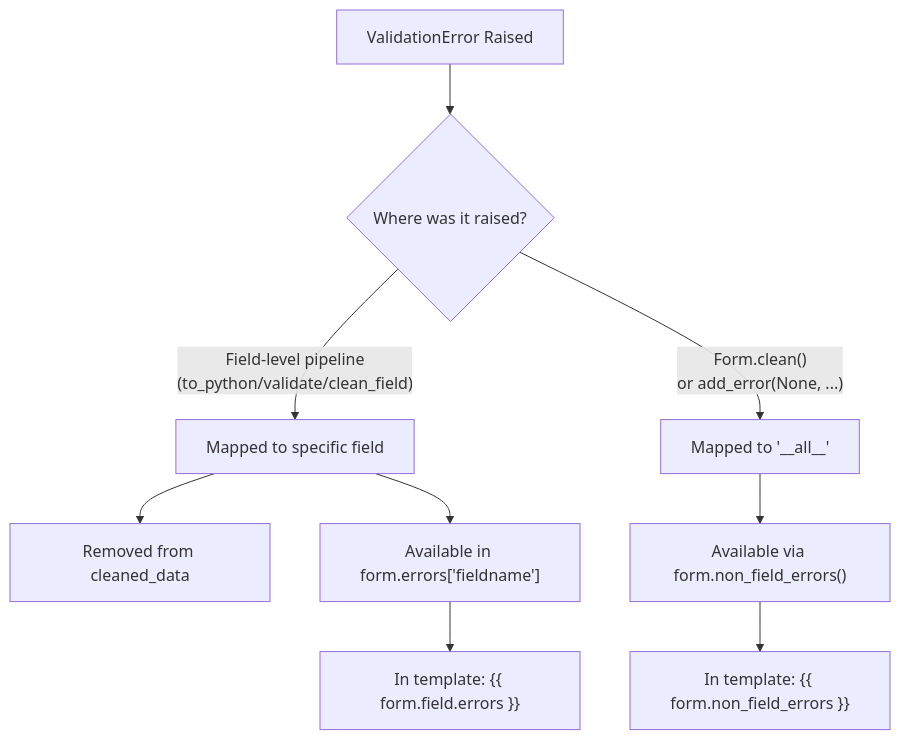
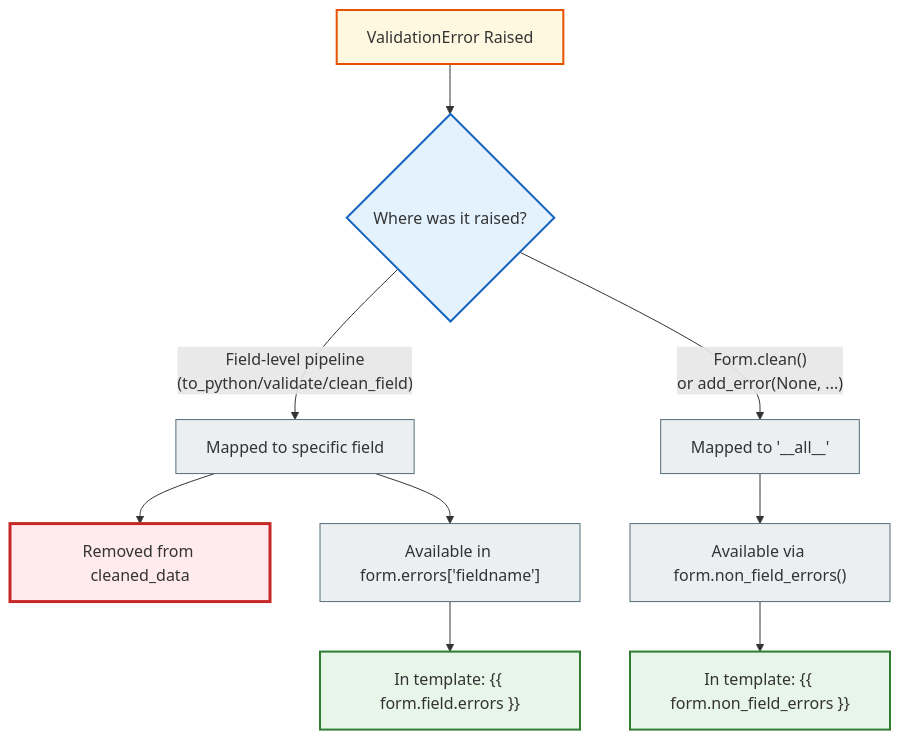
One commit to NikoriakViktot/notes_chat_app changed the eighth of 12 diagrams in docs/04_forms_and_validation/django_forms_full.md. Above: the diagram before and after it, drawn with Mermaid. The commit also changed other lines of this file and 441 other files, not shown here.

First line of the commit message:
Add English version of the book, Mermaid standard, docs fixes

````diff
--- a/docs/04_forms_and_validation/django_forms_full.md
+++ b/docs/04_forms_and_validation/django_forms_full.md
@@ -784,11 +821,22 @@
 ```mermaid
 graph TD
     A[ValidationError Raised] --> B{Where was it raised?}
-    B -->|"Field-level pipeline\n(to_python/validate/clean_field)"| C[Mapped to specific field]
-    B -->|"Form.clean()\nor add_error(None, ...)"| D["Mapped to '__all__'"]
+    B -->|"Field-level pipeline<br>(to_python/validate/clean_field)"| C[Mapped to specific field]
+    B -->|"Form.clean()<br>or add_error(None, ...)"| D["Mapped to '__all__'"]
     C --> E[Removed from cleaned_data]
     C --> F["Available in form.errors['fieldname']"]
     D --> G["Available via form.non_field_errors()"]
     G --> H["In template: {{ form.non_field_errors }}"]
     F --> I["In template: {{ form.field.errors }}"]
+
+    classDef step     fill:#eceff1,stroke:#546e7a,stroke-width:1px;
+    classDef decision fill:#e3f2fd,stroke:#1565c0,stroke-width:2px;
+    classDef success  fill:#e8f5e9,stroke:#2e7d32,stroke-width:2px;
+    classDef error    fill:#ffebee,stroke:#c62828,stroke-width:3px;
+    classDef warning  fill:#fff8e1,stroke:#e65100,stroke-width:2px;
+    class C,D,F,G step;
+    class B decision;
+    class H,I success;
+    class E error;
+    class A warning;
 ```
````
